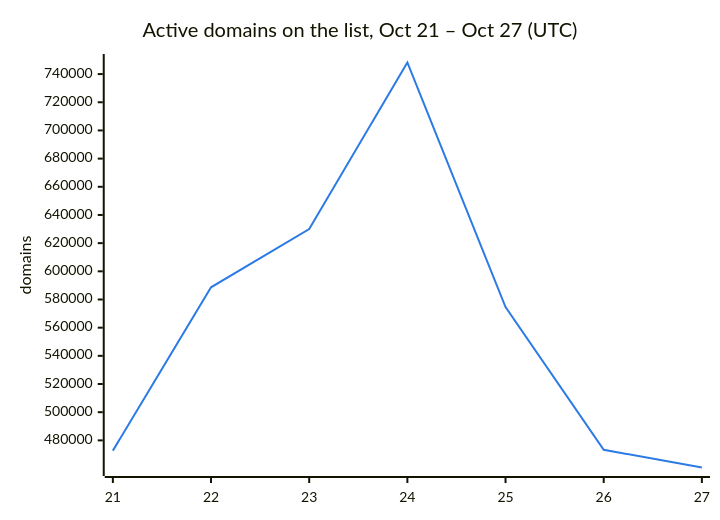
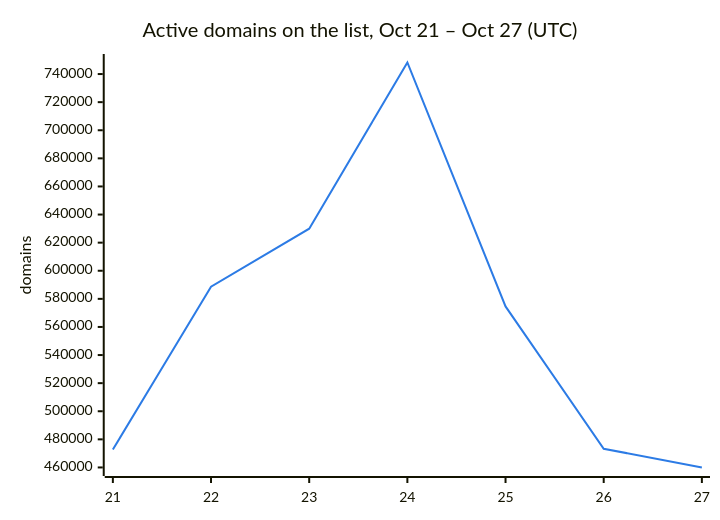
Before and after one commit to DNSBunker/CTI: the second of 3 diagrams in README.md, drawn with Mermaid. The commit also changed other lines of this file and 3 other files, not shown here.

````diff
--- a/README.md
+++ b/README.md
@@ -38,8 +38,8 @@
 ```mermaid
 %%{init: {"themeVariables": {"xyChart": {"plotColorPalette": "#2c7be5"}}}}%%
 xychart-beta
     title "Active domains on the list, Oct 21 – Oct 27 (UTC)"
     x-axis ["21", "22", "23", "24", "25", "26", "27"]
     y-axis "domains"
-    line [472713, 588659, 629951, 748222, 574614, 473331, 460745]
+    line [472713, 588659, 629951, 748222, 574614, 473331, 459965]
 ```
````
